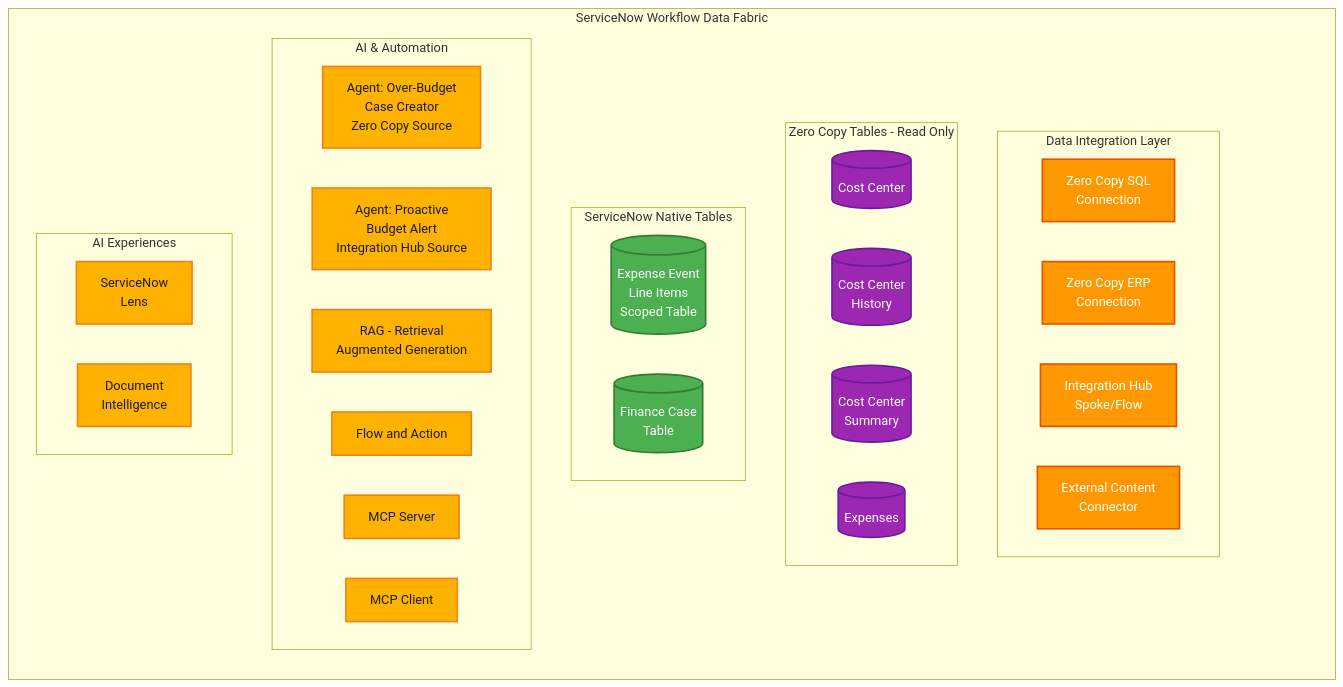
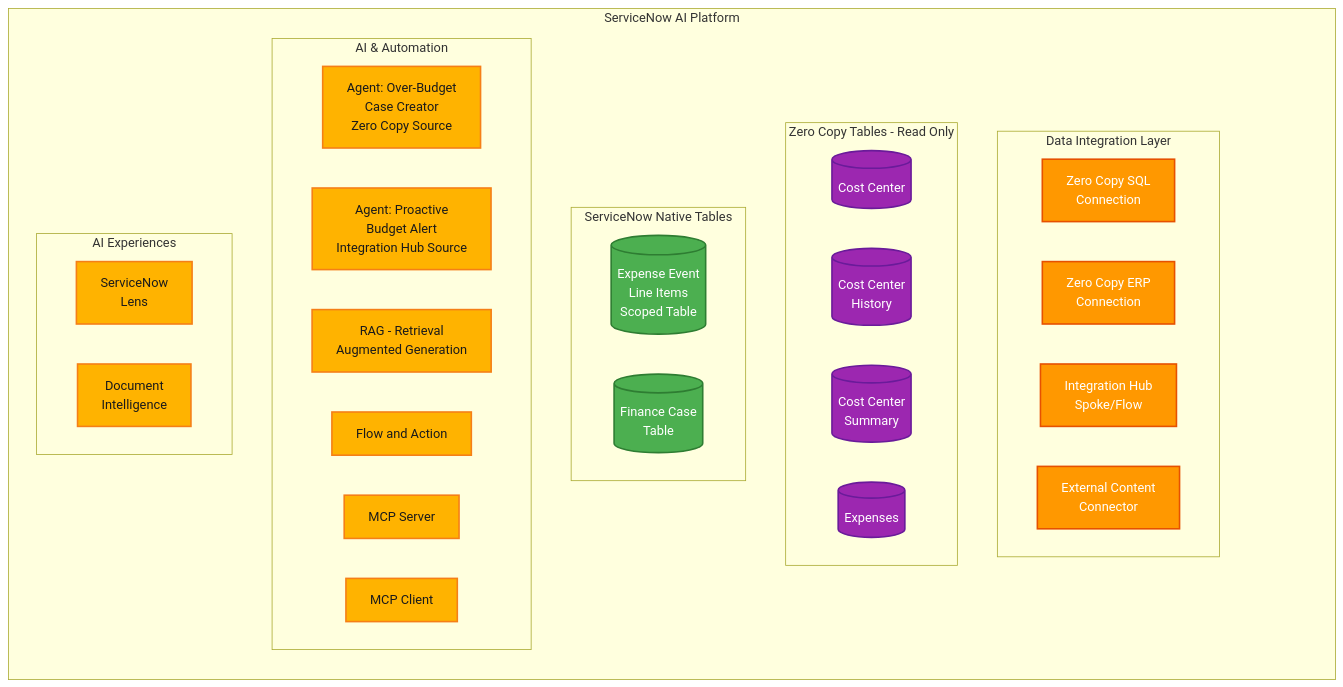
Before and after one commit to leojacinto/WorkflowDataFabric-TypeA: the third of 4 diagrams in data-and-flow-diagrams.md, drawn with Mermaid. The commit also changed 5 other files, not shown here.

````diff
--- a/data-and-flow-diagrams.md
+++ b/data-and-flow-diagrams.md
@@ -81,55 +81,55 @@
 ```mermaid
 graph LR
-    subgraph "ServiceNow Workflow Data Fabric"
+    subgraph "ServiceNow AI Platform"
         spacer[ ]:::hidden
         subgraph "Data Integration Layer"
             ZeroCopySQL[Zero Copy SQL<br/>Connection]
             ZeroCopyERP[Zero Copy ERP<br/>Connection]
             IntHub[Integration Hub<br/>Spoke/Flow]
             ExtContent[External Content<br/>Connector]
         end
 
         subgraph "Zero Copy Tables - Read Only"
             ZCCC[(Cost Center)]
             ZCCH[(Cost Center</br>History)]
             ZCCS[(Cost Center</br>Summary)]
             ZCExp[(Expenses)]
         end
 
         subgraph "ServiceNow Native Tables"
             ExpenseTable[(Expense Event<br/>Line Items<br/>Scoped Table)]
             FinCase[(Finance Case<br/>Table)]
         end
 
 
         subgraph "AI & Automation"
             Agent1[Agent: Over-Budget<br/>Case Creator<br/>Zero Copy Source]
             Agent2[Agent: Proactive<br/>Budget Alert<br/>Integration Hub Source]
             RAG[RAG - Retrieval<br/>Augmented Generation]
             FlowAction[Flow and Action]
             MCP[MCP Server]
             MCPC[MCP Client]
         end
 
         subgraph "AI Experiences"
             Lens["ServiceNow</br>Lens"]
             DocIntel["Document</br>Intelligence"]
         end
     end
 
     %% Styling
     classDef external fill:#2196F3,stroke:#1565C0,stroke-width:2px,color:#fff
     classDef integration fill:#FF9800,stroke:#E65100,stroke-width:2px,color:#fff
     classDef zeroCopy fill:#9C27B0,stroke:#6A1B9A,stroke-width:2px,color:#fff
     classDef native fill:#4CAF50,stroke:#2E7D32,stroke-width:2px,color:#fff
     classDef ai fill:#FFB300,stroke:#F57F17,stroke-width:2px,color:#1a1a1a
     classDef user fill:#42A5F5,stroke:#1565C0,stroke-width:3px,color:#fff
 
     class ERP,ExpenseAPI,SharePoint,CDW external
     class ZeroCopySQL,ZeroCopyERP,IntHub,ExtContent integration
     class ZCCC,ZCCH,ZCCS,ZCExp zeroCopy
     classDef hidden fill:none,stroke:none,color:transparent,font-size:0
     class ExpenseTable,FinCase,FinVar native
     class Agent1,Agent2,RAG,NASK,FlowAction,MCP,MCPC,GGraph,NLQuery,Lens,DocIntel ai
     class Employee,EC,ControlTower,ClaudeDesktop user
 ```
````
